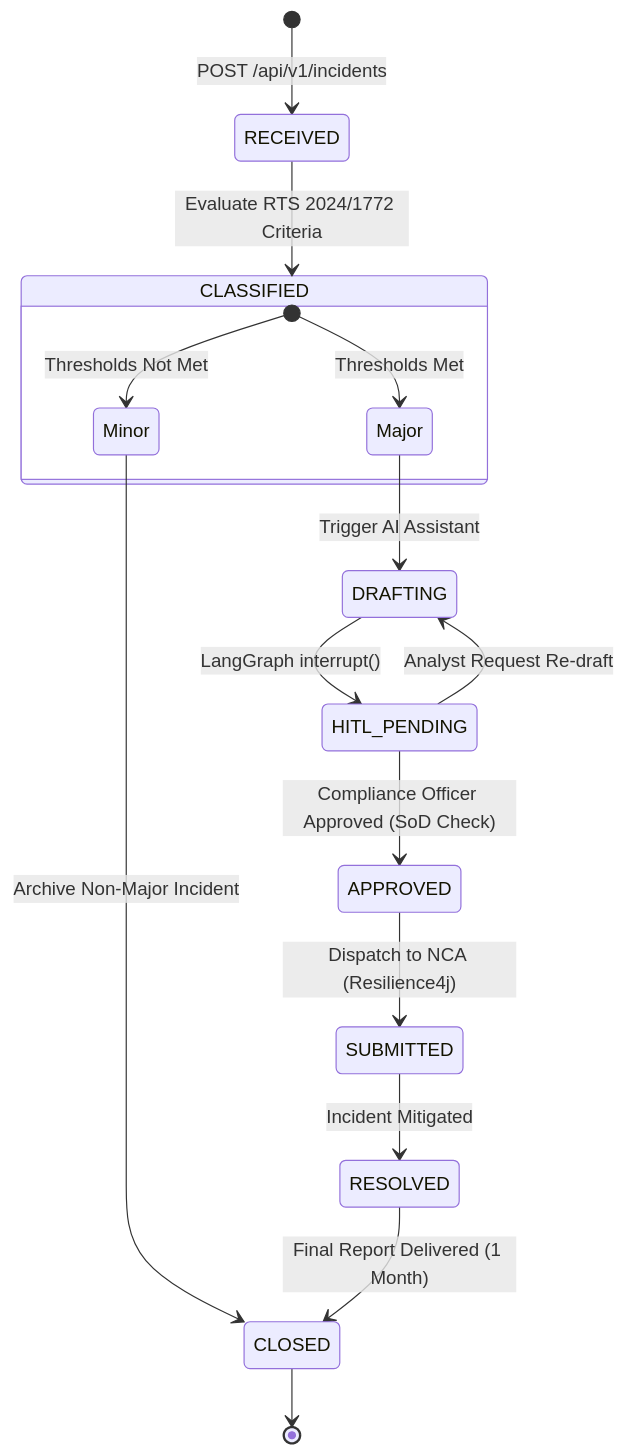
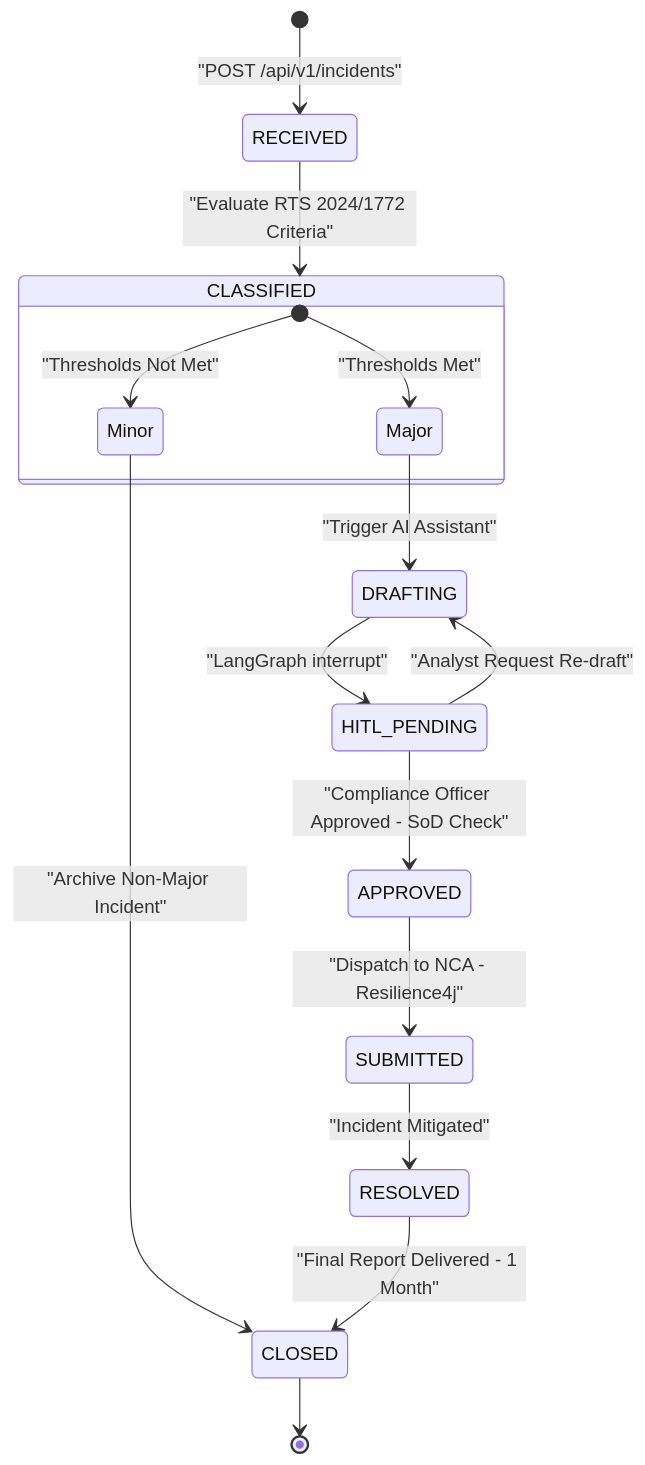
One commit to Abhijit-Birle/dora-incident-reporting changed the second of 4 diagrams in design/ARCHITECTURE.md. Above: the diagram before and after it, drawn with Mermaid. The commit also changed other lines of this file and 1 other file, not shown here.

Commit message:
fix: correct mermaid syntax for subgraphs, line breaks and edge quotes

````diff
--- a/design/ARCHITECTURE.md
+++ b/design/ARCHITECTURE.md
@@ -171,22 +171,22 @@
 ```mermaid
 stateDiagram-v2
-    [*] --> RECEIVED: POST /api/v1/incidents
-    RECEIVED --> CLASSIFIED: Evaluate RTS 2024/1772 Criteria
+    [*] --> RECEIVED: "POST /api/v1/incidents"
+    RECEIVED --> CLASSIFIED: "Evaluate RTS 2024/1772 Criteria"
     
     state CLASSIFIED {
-        [*] --> Major: Thresholds Met
-        [*] --> Minor: Thresholds Not Met
+        [*] --> Major: "Thresholds Met"
+        [*] --> Minor: "Thresholds Not Met"
     }
     
-    Major --> DRAFTING: Trigger AI Assistant
-    Minor --> CLOSED: Archive Non-Major Incident
+    Major --> DRAFTING: "Trigger AI Assistant"
+    Minor --> CLOSED: "Archive Non-Major Incident"
     
-    DRAFTING --> HITL_PENDING: LangGraph interrupt()
-    HITL_PENDING --> DRAFTING: Analyst Request Re-draft
-    HITL_PENDING --> APPROVED: Compliance Officer Approved (SoD Check)
+    DRAFTING --> HITL_PENDING: "LangGraph interrupt"
+    HITL_PENDING --> DRAFTING: "Analyst Request Re-draft"
+    HITL_PENDING --> APPROVED: "Compliance Officer Approved - SoD Check"
     
-    APPROVED --> SUBMITTED: Dispatch to NCA (Resilience4j)
-    SUBMITTED --> RESOLVED: Incident Mitigated
-    RESOLVED --> CLOSED: Final Report Delivered (1 Month)
+    APPROVED --> SUBMITTED: "Dispatch to NCA - Resilience4j"
+    SUBMITTED --> RESOLVED: "Incident Mitigated"
+    RESOLVED --> CLOSED: "Final Report Delivered - 1 Month"
     CLOSED --> [*]
 ```
````
